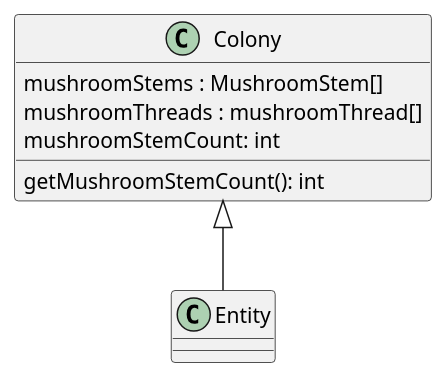
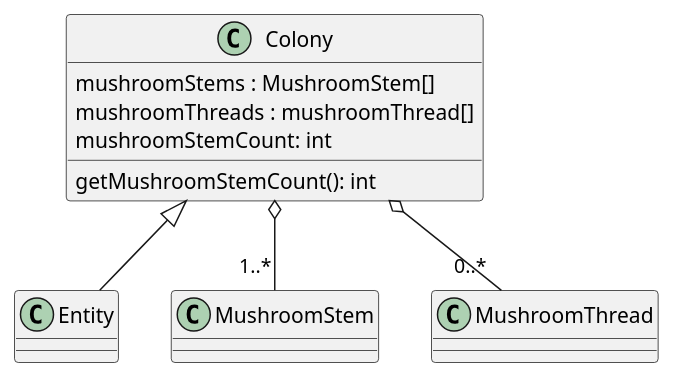
Before and after one commit to Petya-G/fungorium: the diagram in 3/classes/colony.puml, drawn with PlantUML. The commit also changed 5 other files, not shown here.

```diff
--- a/3/classes/colony.puml
+++ b/3/classes/colony.puml
@@ -1,10 +1,12 @@
 @startuml colony
 
 Colony <|-- Entity
+Colony o-- "1..*" MushroomStem
+Colony o-- "0..*" MushroomThread
 class Colony{
     mushroomStems : MushroomStem[]
     mushroomThreads : mushroomThread[]
     mushroomStemCount: int
     getMushroomStemCount(): int
 }
 @enduml
```
